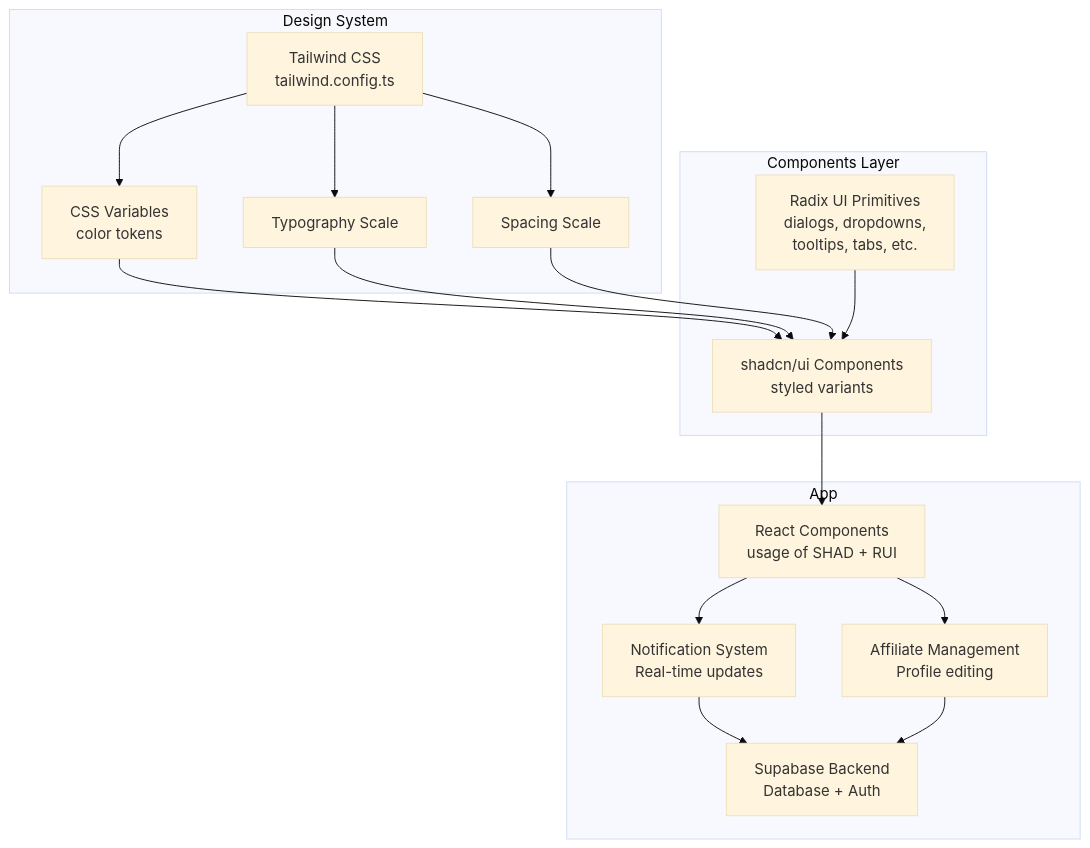
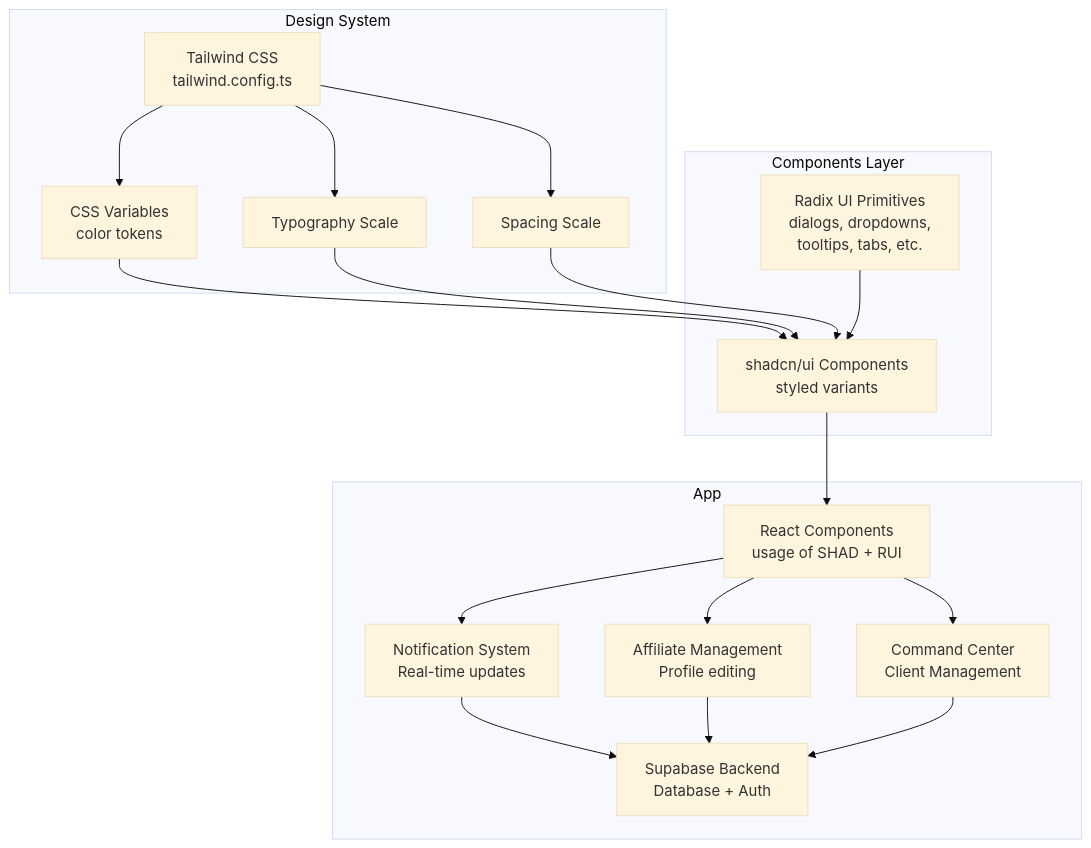
The second of 3 diagrams in .qoder/repowiki/en/content/UI Components & Design System.md (Hawky1/ryland), drawn with Mermaid (base theme) before and after one commit. The commit also changed other lines of this file and 88 other files, not shown here.

Commit message:
refactor: remove Command Center MVP, add security fixes & admin metadata migrations

````diff
--- a/.qoder/repowiki/en/content/UI Components & Design System.md
+++ b/.qoder/repowiki/en/content/UI Components & Design System.md
@@ -111,31 +126,34 @@
 ```mermaid
 graph TB
 subgraph "Design System"
 TW["Tailwind CSS<br/>tailwind.config.ts"]
 CSSV["CSS Variables<br/>color tokens"]
 TWT["Typography Scale"]
 SP["Spacing Scale"]
 end
 subgraph "Components Layer"
 RUI["Radix UI Primitives<br/>dialogs, dropdowns,<br/>tooltips, tabs, etc."]
 SHAD["shadcn/ui Components<br/>styled variants"]
 end
 subgraph "App"
 APP["React Components<br/>usage of SHAD + RUI"]
 NOTIF["Notification System<br/>Real-time updates"]
 AFF["Affiliate Management<br/>Profile editing"]
+CC["Command Center<br/>Client Management"]
 END["Supabase Backend<br/>Database + Auth"]
 end
 TW --> CSSV
 TW --> TWT
 TW --> SP
 CSSV --> SHAD
 TWT --> SHAD
 SP --> SHAD
 SHAD --> APP
 RUI --> SHAD
 APP --> NOTIF
 APP --> AFF
+APP --> CC
 NOTIF --> END
 AFF --> END
+CC --> END
 ```
````
